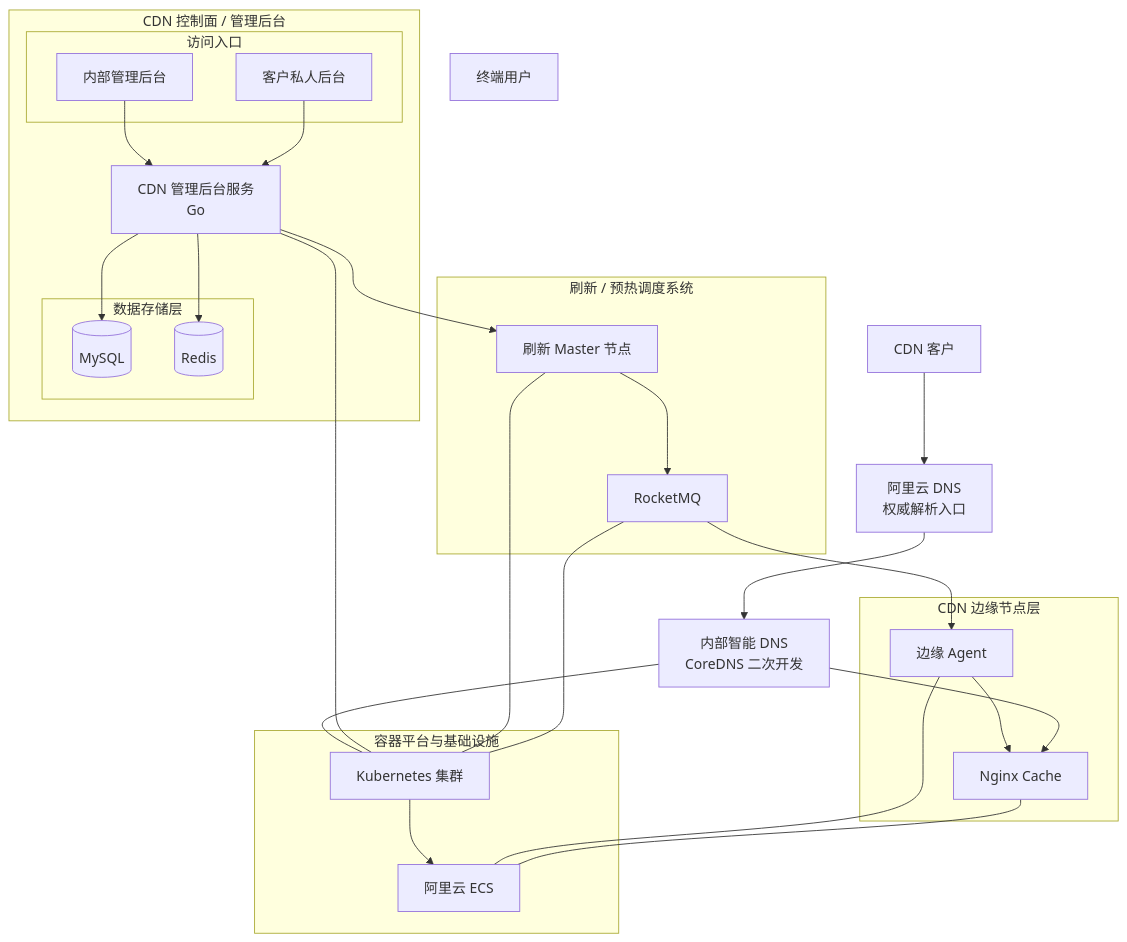
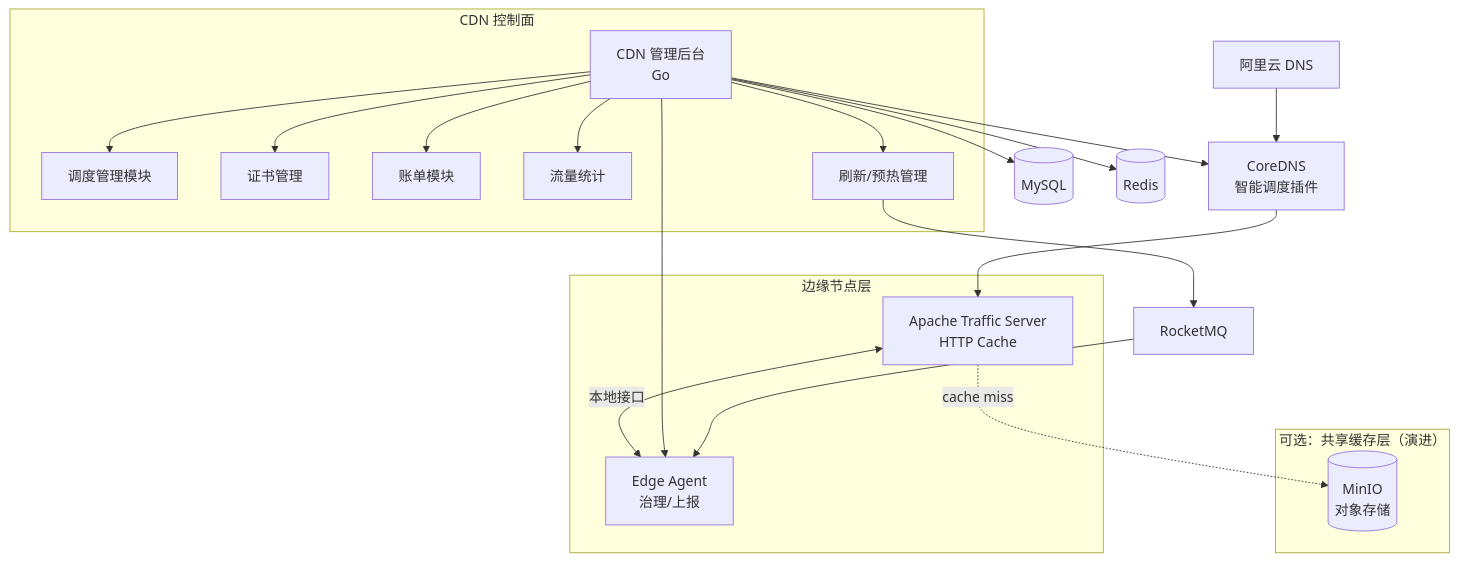
The second of 5 diagrams in cdn系统总结.md (HK-CH2018/interview), drawn with Mermaid before and after one commit. The commit also changed other lines of this file, not shown here.

Commit message:
Revise CDN system architecture and refresh logic diagrams
Updated system architecture diagrams and refined the refresh/preheat process. Improved clarity in the representation of the CDN system structure and relationships.

````diff
--- a/cdn系统总结.md
+++ b/cdn系统总结.md
@@ -114,87 +114,59 @@
 ```mermaid
 flowchart TB
-    %% =======================
-    %% 访问入口层
-    %% =======================
-    User[终端用户]
-    Customer[CDN 客户]
+    %% ========= DNS 层 =========
+    AliDNS[阿里云 DNS]
+    CoreDNS[CoreDNS<br/>智能调度插件]
 
-    %% =======================
-    %% DNS 调度层
-    %% =======================
-    AliDNS[阿里云 DNS<br/>权威解析入口]
-    CoreDNS[内部智能 DNS<br/>CoreDNS 二次开发]
-
-    %% =======================
-    %% CDN 边缘层
-    %% =======================
-    subgraph EdgeLayer[CDN 边缘节点层]
-        EdgeAgent[边缘 Agent]
-        NginxCache[Nginx Cache]
-        EdgeAgent --> NginxCache
+    %% ========= 边缘层 =========
+    subgraph EdgeLayer[边缘节点层]
+        ATS[Apache Traffic Server<br/>HTTP Cache]
+        Agent[Edge Agent<br/>治理/上报]
+        ATS <-->|本地接口| Agent
     end
 
-    %% =======================
-    %% 控制面（管理后台）
-    %% =======================
-    subgraph ControlPlane[CDN 控制面 / 管理后台]
-        subgraph UI[访问入口]
-            AdminUI[内部管理后台]
-            ClientUI[客户私人后台]
-        end
+    %% ========= 控制面 =========
+    subgraph ControlPlane[CDN 控制面]
+        Backend[CDN 管理后台<br/>Go]
+        Scheduler[调度管理模块]
+        Cert[证书管理]
+        Billing[账单模块]
+        Stat[流量统计]
+        Refresh[刷新/预热管理]
 
-        Backend[CDN 管理后台服务<br/>Go]
-
-        subgraph DataLayer[数据存储层]
-            MySQL[(MySQL)]
-            Redis[(Redis)]
-        end
-
-        AdminUI --> Backend
-        ClientUI --> Backend
-        Backend --> MySQL
-        Backend --> Redis
+        Backend --> Scheduler
+        Backend --> Cert
+        Backend --> Billing
+        Backend --> Stat
+        Backend --> Refresh
     end
 
-    %% =======================
-    %% 刷新 / 预热系统
-    %% =======================
-    subgraph RefreshSystem[刷新 / 预热调度系统]
-        Master[刷新 Master 节点]
-        MQ[RocketMQ]
-        Master --> MQ
+    %% ========= 存储 =========
+    MySQL[(MySQL)]
+    Redis[(Redis)]
+
+    %% ========= MQ =========
+    MQ[RocketMQ]
+
+    %% ========= 可选缓存池 =========
+    subgraph Optional[可选：共享缓存层（演进）]
+        MinIO[(MinIO<br/>对象存储)]
     end
 
-    %% =======================
-    %% 容器与基础设施
-    %% =======================
-    subgraph Platform[容器平台与基础设施]
-        K8S[Kubernetes 集群]
-        ECS[阿里云 ECS]
-        K8S --> ECS
-    end
+    %% ========= 流量路径 =========
+    AliDNS --> CoreDNS
+    CoreDNS --> ATS
 
-    %% =======================
-    %% 访问与调度关系
-    %% =======================
-    Customer --> AliDNS
-    AliDNS --> CoreDNS
-    CoreDNS --> NginxCache
+    %% ========= 控制与治理 =========
+    Backend --> CoreDNS
+    Backend --> Agent
+    Refresh --> MQ
+    MQ --> Agent
 
-    %% =======================
-    %% 管理与调度关系
-    %% =======================
-    Backend --> Master
-    MQ --> EdgeAgent
+    %% ========= 数据 =========
+    Backend --> MySQL
+    Backend --> Redis
 
-    %% =======================
-    %% 部署关系
-    %% =======================
-    CoreDNS --- K8S
-    Backend --- K8S
-    Master --- K8S
-    MQ --- K8S
-    EdgeAgent --- ECS
-    NginxCache --- ECS
+    %% ========= 可选回源 =========
+    ATS -.cache miss .-> MinIO
 
 ```
````
